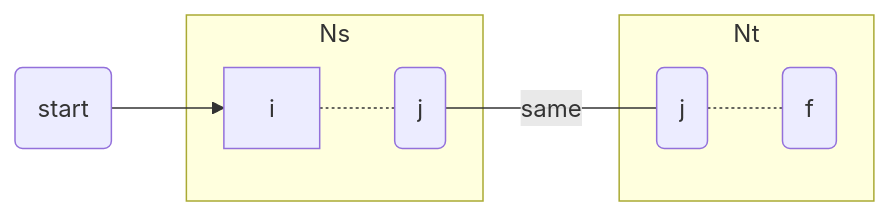
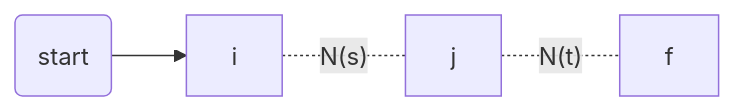
One commit to xp44mm/Notebook changed the seventh of 23 diagrams in Compilers/Finite Automata.md. Above: the diagram before and after it, drawn with Mermaid. The commit also changed other lines of this file and 1 other file, not shown here.

````diff
--- a/Compilers/Finite Automata.md
+++ b/Compilers/Finite Automata.md
@@ -457,15 +457,7 @@
    ```mermaid
    graph LR
-   s0(start)
-   f(f)
-   j1(j)
-   j2(j)
-   s0 -->i
-   subgraph Ns
-   i-.-j1
-   end
-   j1 --same--- j2
-   subgraph Nt
-   j2-.-f
-   end
+   s0(start)-->i
+   i-.-|"N(s)"|j
+   j-.-|"N(t)"|f
+   
    ```
````
